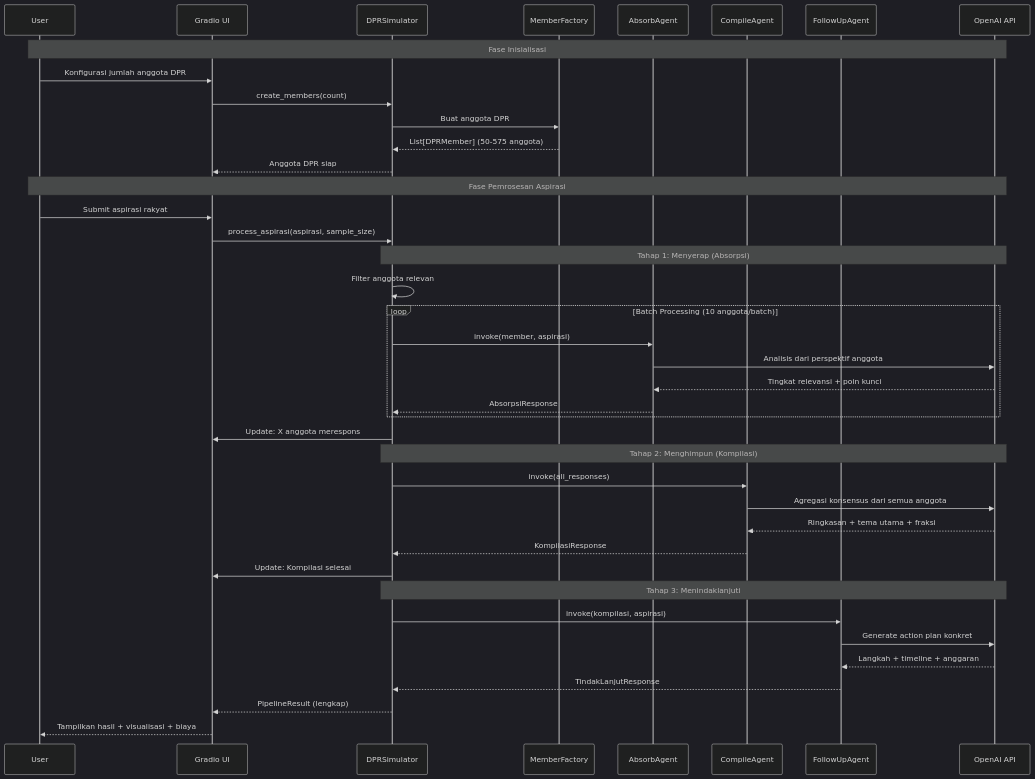
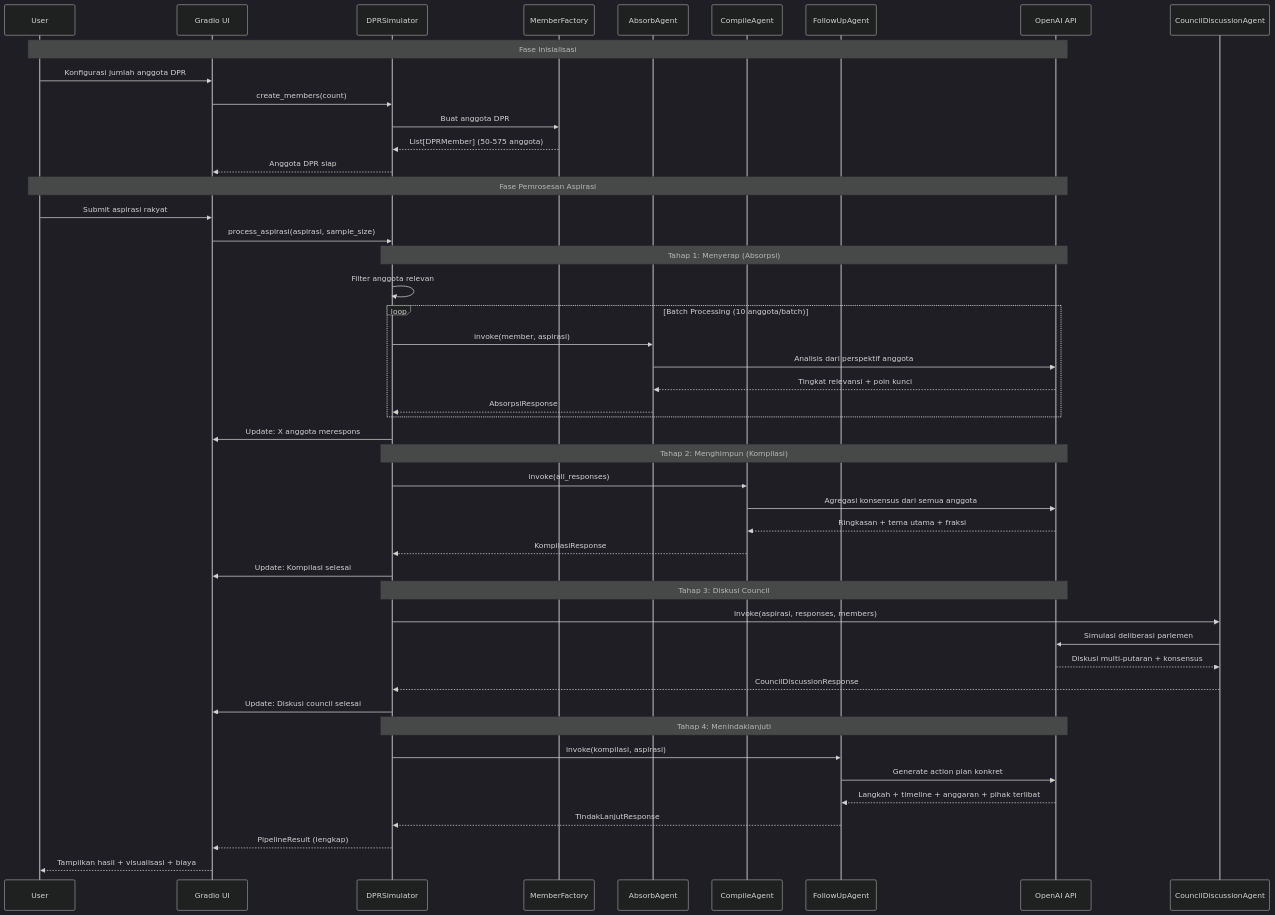
One commit to mcikalmerdeka/dpr-ai-simulator changed the diagram in README.md. Above: the diagram before and after it, drawn with Mermaid (dark theme). The commit also changed other lines of this file and 7 other files, not shown here.

Commit message:
feat: introduce Council Discussion stage in DPR AI Simulator, enabling multi-member deliberation with consensus building. Update README to reflect new features and enhance simulation logic to include council discussions, along with necessary adjustments in agent and response models.

````diff
--- a/README.md
+++ b/README.md
@@ -200,48 +228,55 @@
 ```mermaid
 sequenceDiagram
     participant User
     participant Gradio UI
     participant DPRSimulator
     participant MemberFactory
     participant AbsorbAgent
     participant CompileAgent
     participant FollowUpAgent
     participant OpenAI API
 
     Note over User,OpenAI API: Fase Inisialisasi
     User->>Gradio UI: Konfigurasi jumlah anggota DPR
     Gradio UI->>DPRSimulator: create_members(count)
     DPRSimulator->>MemberFactory: Buat anggota DPR
     MemberFactory-->>DPRSimulator: List[DPRMember] (50-575 anggota)
     DPRSimulator-->>Gradio UI: Anggota DPR siap
 
     Note over User,OpenAI API: Fase Pemrosesan Aspirasi
     User->>Gradio UI: Submit aspirasi rakyat
     Gradio UI->>DPRSimulator: process_aspirasi(aspirasi, sample_size)
 
     Note over DPRSimulator,OpenAI API: Tahap 1: Menyerap (Absorpsi)
     DPRSimulator->>DPRSimulator: Filter anggota relevan
     loop Batch Processing (10 anggota/batch)
         DPRSimulator->>AbsorbAgent: invoke(member, aspirasi)
         AbsorbAgent->>OpenAI API: Analisis dari perspektif anggota
         OpenAI API-->>AbsorbAgent: Tingkat relevansi + poin kunci
         AbsorbAgent-->>DPRSimulator: AbsorpsiResponse
     end
     DPRSimulator->>Gradio UI: Update: X anggota merespons
 
     Note over DPRSimulator,OpenAI API: Tahap 2: Menghimpun (Kompilasi)
     DPRSimulator->>CompileAgent: invoke(all_responses)
     CompileAgent->>OpenAI API: Agregasi konsensus dari semua anggota
     OpenAI API-->>CompileAgent: Ringkasan + tema utama + fraksi
     CompileAgent-->>DPRSimulator: KompilasiResponse
     DPRSimulator->>Gradio UI: Update: Kompilasi selesai
 
-    Note over DPRSimulator,OpenAI API: Tahap 3: Menindaklanjuti
+    Note over DPRSimulator,OpenAI API: Tahap 3: Diskusi Council
+    DPRSimulator->>CouncilDiscussionAgent: invoke(aspirasi, responses, members)
+    CouncilDiscussionAgent->>OpenAI API: Simulasi deliberasi parlemen
+    OpenAI API-->>CouncilDiscussionAgent: Diskusi multi-putaran + konsensus
+    CouncilDiscussionAgent-->>DPRSimulator: CouncilDiscussionResponse
+    DPRSimulator->>Gradio UI: Update: Diskusi council selesai
+
+    Note over DPRSimulator,OpenAI API: Tahap 4: Menindaklanjuti
     DPRSimulator->>FollowUpAgent: invoke(kompilasi, aspirasi)
     FollowUpAgent->>OpenAI API: Generate action plan konkret
-    OpenAI API-->>FollowUpAgent: Langkah + timeline + anggaran
+    OpenAI API-->>FollowUpAgent: Langkah + timeline + anggaran + pihak terlibat
     FollowUpAgent-->>DPRSimulator: TindakLanjutResponse
 
     DPRSimulator-->>Gradio UI: PipelineResult (lengkap)
     Gradio UI-->>User: Tampilkan hasil + visualisasi + biaya
 ```
````
